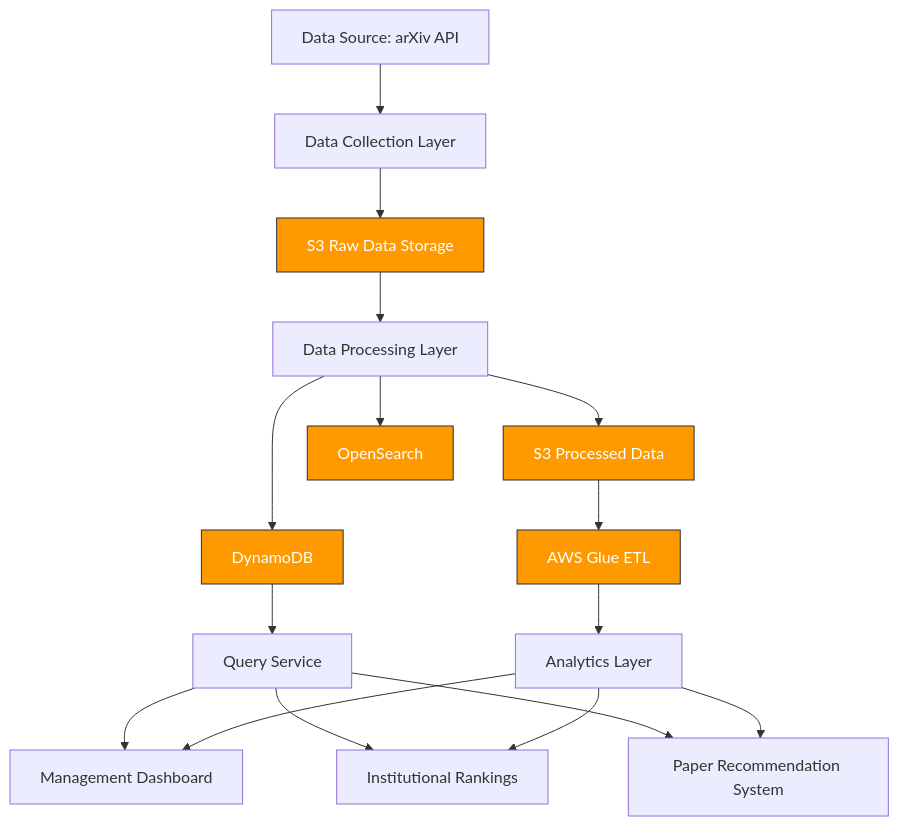
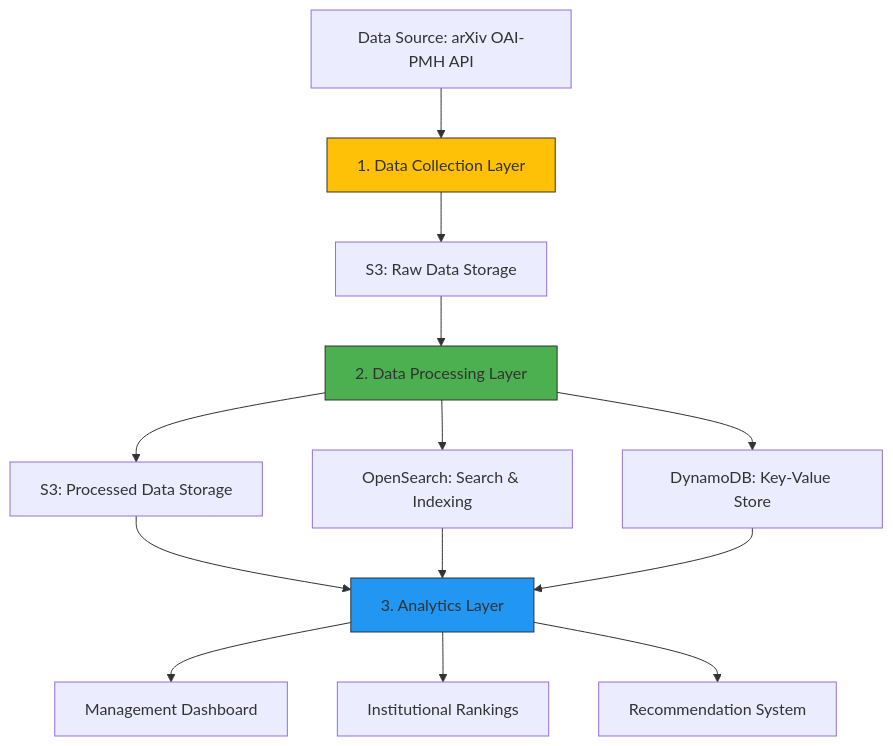
One commit to CYFish/interview-hackmd-2025 changed the diagram in README.md. Above: the diagram before and after it, drawn with Mermaid. The commit also changed other lines of this file, not shown here.

Commit message:
docs(README.md): update project overview and architecture; streamline content and enhance clarity on data processing and storage strategies

````diff
--- a/README.md
+++ b/README.md
@@ -25,21 +20,21 @@
 ```mermaid
 graph TD
-    arXiv[Data Source: arXiv API] --> collector[Data Collection Layer]
-    collector --> S3Raw[S3 Raw Data Storage]
-    S3Raw --> processor[Data Processing Layer]
-    processor --> DynamoDB[DynamoDB]
-    processor --> S3Processed[S3 Processed Data]
-    processor --> OpenSearch[OpenSearch]
-    DynamoDB --> query[Query Service]
-    S3Processed --> glue[AWS Glue ETL]
-    glue --> analytics[Analytics Layer]
-    query --> dashboard[Management Dashboard]
-    analytics --> dashboard
-    query --> rankings[Institutional Rankings]
-    analytics --> rankings
-    query --> recommendation[Paper Recommendation System]
-    analytics --> recommendation
+    arXiv[Data Source: arXiv OAI-PMH API] --> C[1. Data Collection Layer]
+    C --> S3Raw[S3: Raw Data Storage]
+    S3Raw --> P[2. Data Processing Layer]
+    P --> S3Processed[S3: Processed Data Storage]
+    P --> OpenSearch[OpenSearch: Search & Indexing]
+    P --> DynamoDB[DynamoDB: Key-Value Store]
 
-    classDef aws fill:#FF9900,stroke:#232F3E,color:white;
-    class S3Raw,S3Processed,DynamoDB,OpenSearch,glue aws;
+    S3Processed --> A[3. Analytics Layer]
+    OpenSearch --> A
+    DynamoDB --> A
+
+    A --> Dashboard[Management Dashboard]
+    A --> Rankings[Institutional Rankings]
+    A --> Recommendations[Recommendation System]
+
+    style C fill:#FFC107,stroke:#333;
+    style P fill:#4CAF50,stroke:#333;
+    style A fill:#2196F3,stroke:#333;
 ```
````
